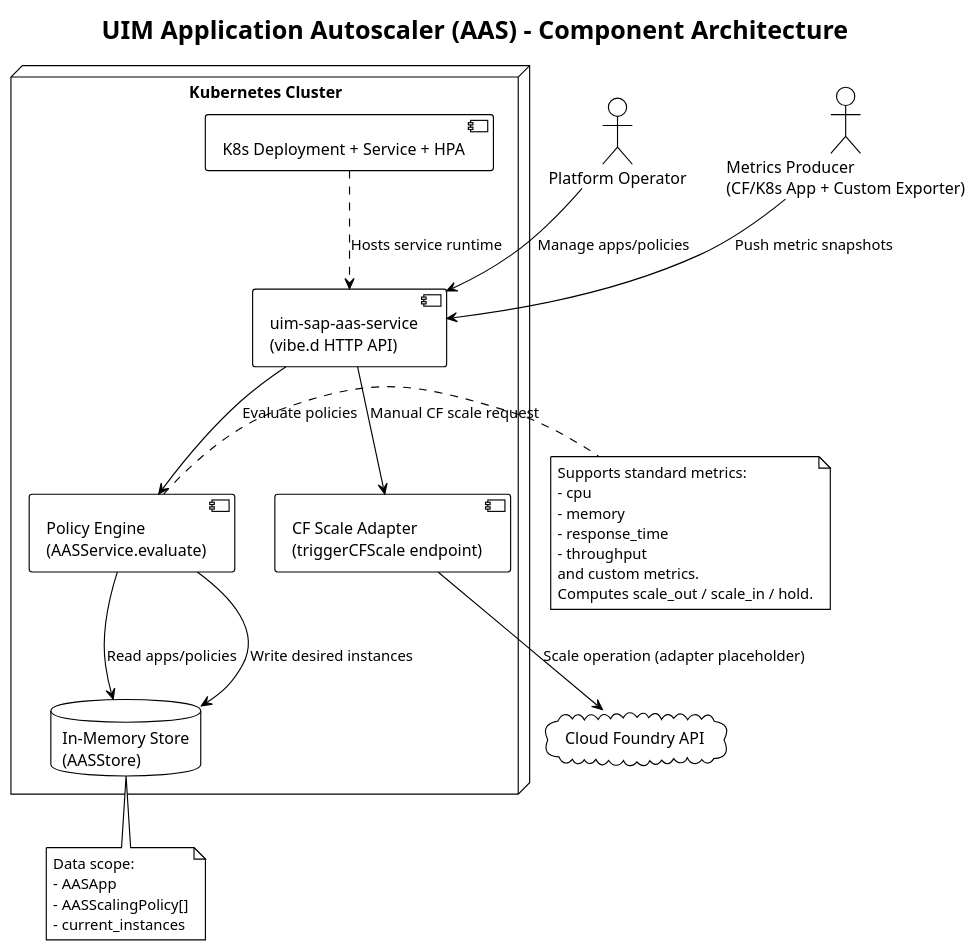
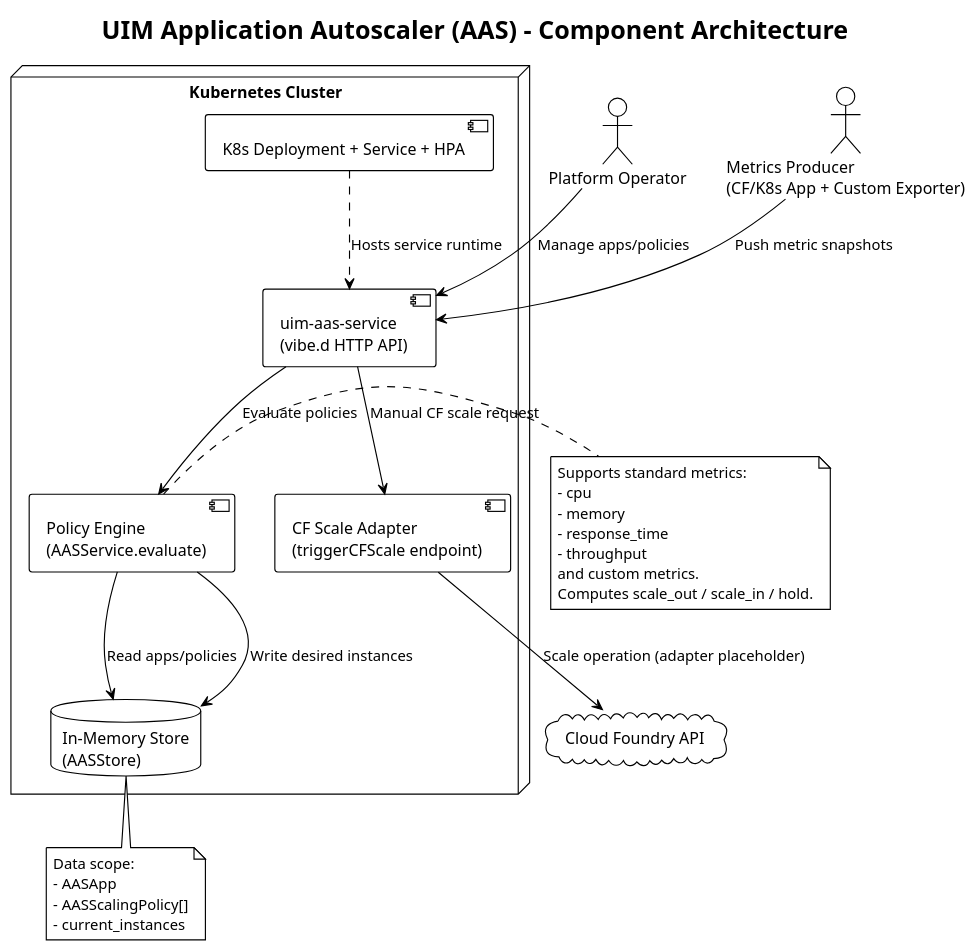
Before and after one commit to UIMSolutions/uim-sap-services: the diagram in application-autoscaler/docs/uml/component-architecture.puml, drawn with PlantUML. The commit also changed 9 other files, not shown here.

```diff
--- a/application-autoscaler/docs/uml/component-architecture.puml
+++ b/application-autoscaler/docs/uml/component-architecture.puml
@@ -1,45 +1,45 @@
 @startuml
 !theme plain
 
 title UIM Application Autoscaler (AAS) - Component Architecture
 
 actor "Platform Operator" as Operator
 actor "Metrics Producer\n(CF/K8s App + Custom Exporter)" as Metrics
 
 node "Kubernetes Cluster" {
-  component "uim-sap-aas-service\n(vibe.d HTTP API)" as API
+  component "uim-aas-service\n(vibe.d HTTP API)" as API
   database "In-Memory Store\n(AASStore)" as Store
   component "Policy Engine\n(AASService.evaluate)" as Engine
   component "CF Scale Adapter\n(triggerCFScale endpoint)" as CFAdapter
   component "K8s Deployment + Service + HPA" as K8sInfra
 }
 
 cloud "Cloud Foundry API" as CF
 
 Operator --> API : Manage apps/policies
 Metrics --> API : Push metric snapshots
 API --> Engine : Evaluate policies
 Engine --> Store : Read apps/policies
 Engine --> Store : Write desired instances
 API --> CFAdapter : Manual CF scale request
 CFAdapter --> CF : Scale operation (adapter placeholder)
 K8sInfra ..> API : Hosts service runtime
 
 note right of Engine
 Supports standard metrics:
 - cpu
 - memory
 - response_time
 - throughput
 and custom metrics.
 Computes scale_out / scale_in / hold.
 end note
 
 note bottom of Store
 Data scope:
 - AASApp
 - AASScalingPolicy[]
 - current_instances
 end note
 
 @enduml
```
